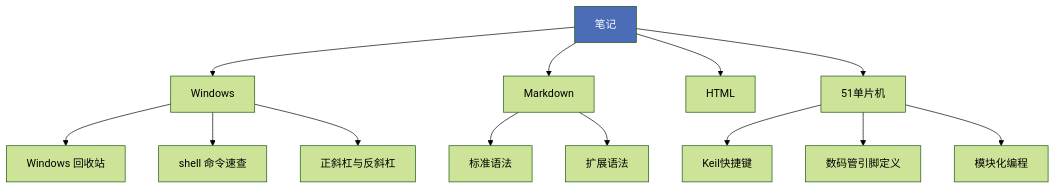
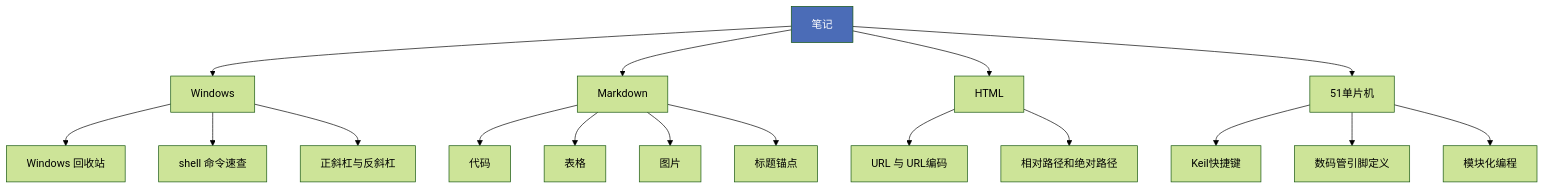
One commit to dasiwocom/wiki changed the diagram in content/index.md. Above: the diagram before and after it, drawn with Mermaid (forest theme). The commit also changed other lines of this file and 11 other files, not shown here.

````diff
--- a/content/index.md
+++ b/content/index.md
@@ -31,20 +31,25 @@
 ```mermaid
 graph TD
     Root[笔记] --> A[Windows]
     Root --> B[Markdown]
     Root --> C[HTML]
     Root --> D[51单片机]
 
     A --> A1[Windows 回收站]
     A --> A2[shell 命令速查]
     A --> A3[正斜杠与反斜杠]
 
-    B --> B1[标准语法]
-    B --> B2[扩展语法]
+    B --> B1[代码]
+    B --> B2[表格]
+    B --> B3[图片]
+    B --> B4[标题锚点]
+
+    C --> C1[URL 与 URL编码]
+    C --> C2[相对路径和绝对路径]
 
     D --> D1[Keil快捷键]
     D --> D2[数码管引脚定义]
     D --> D3[模块化编程]
 
     style Root fill:#4b6cb7,color:#fff
 ```
````
